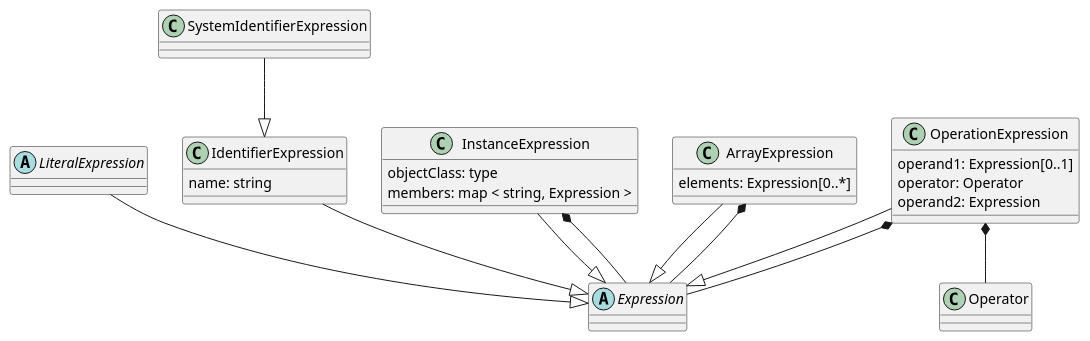
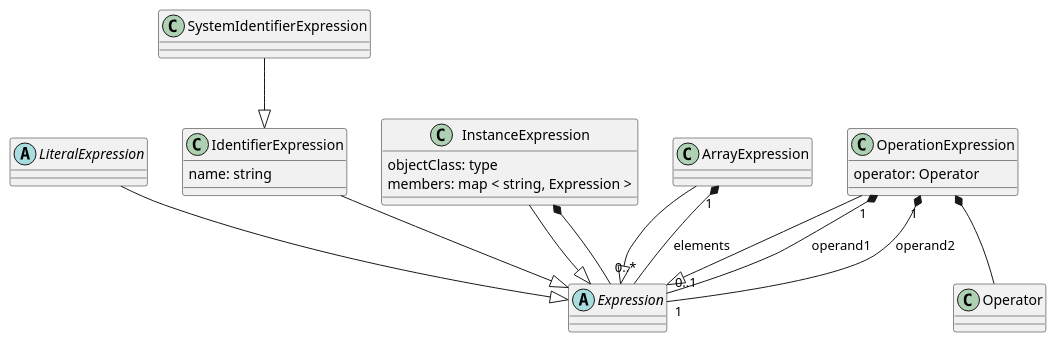
The second of 6 diagrams in 1-core/sections/clause_7_core.adoc (opengeospatial/cartographic-symbology), drawn with PlantUML before and after one commit. The commit also changed other lines of this file, not shown here.

Commit message:
Core UML: show Style.stylingRules, metadata, selector, nestedRules and the other listed properties as associations only

```diff
--- a/1-core/sections/clause_7_core.adoc
+++ b/1-core/sections/clause_7_core.adoc
@@ -364,34 +360,32 @@
 [plantuml, target=diagram-classes, format=png]
 ....
 @startuml
 abstract class Expression
 
 abstract class LiteralExpression
 LiteralExpression --|> Expression
 
 IdentifierExpression --|> Expression
 IdentifierExpression : name: string
 
 SystemIdentifierExpression --|> IdentifierExpression
 
 InstanceExpression --|> Expression
 InstanceExpression : objectClass: type
 InstanceExpression : members: map < string, Expression >
 InstanceExpression *-- Expression
 
 ArrayExpression --|> Expression
-ArrayExpression : elements: Expression[0..*]
-ArrayExpression *-- Expression
+ArrayExpression "1" *-- "0..*" Expression : elements
 
 OperationExpression --|> Expression
-OperationExpression : operand1: Expression[0..1]
 OperationExpression : operator: Operator
-OperationExpression : operand2: Expression
 OperationExpression *-- Operator
-OperationExpression *-- Expression
+OperationExpression "1" *-- "0..1" Expression : operand1
+OperationExpression "1" *-- "1" Expression : operand2
 
 'class SubExpression
 'SubExpression --|> Expression -- Parentheses could be purely an encoding concept based on the need to maintain priority...
 'class ExpressionList -- Expression with multiplicity?
 @enduml
 ....
```
